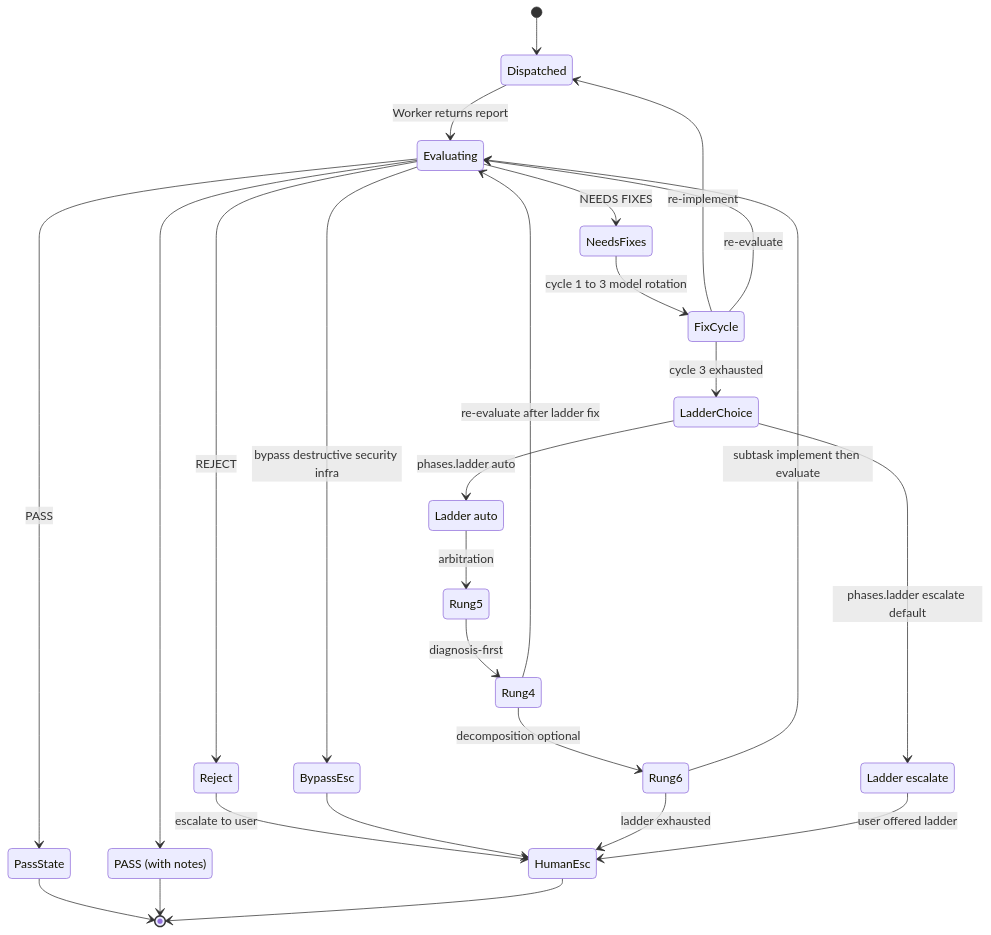
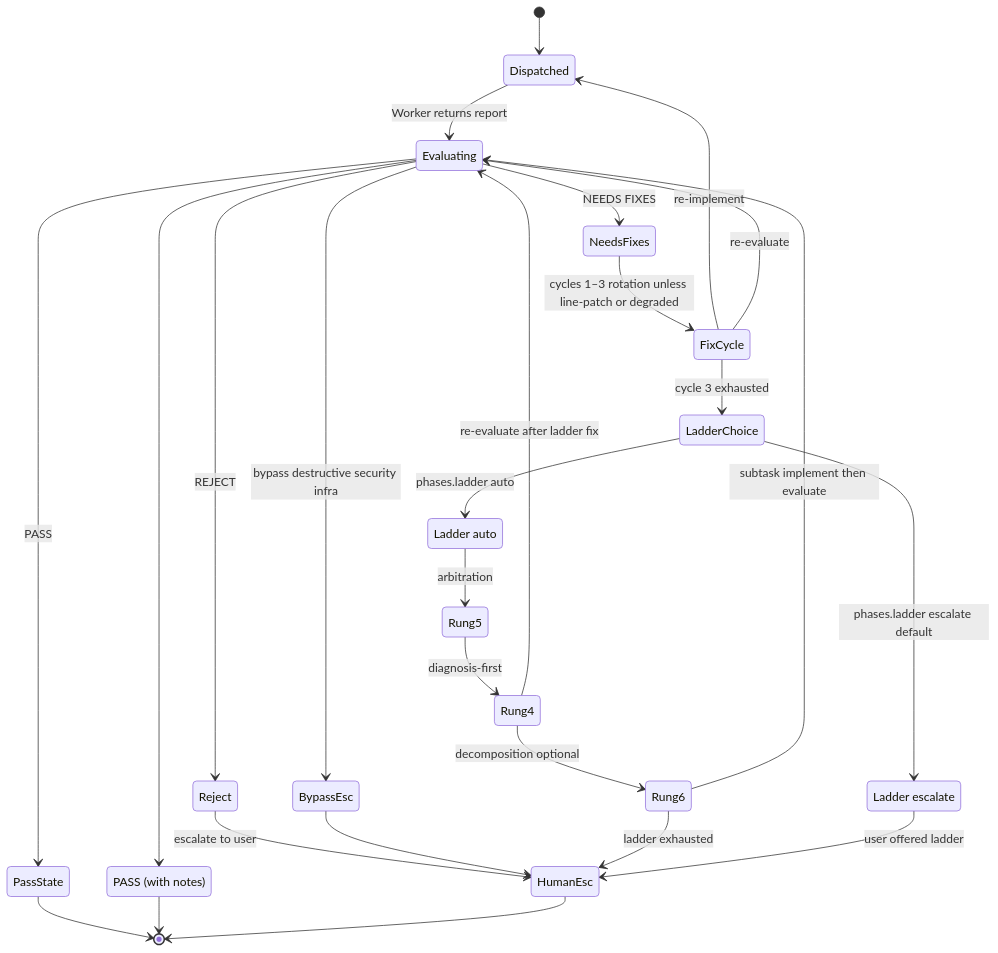
One commit to kdcllc/skills changed the seventh of 12 diagrams in docs/agent-kit/guide/architecture.md. Above: the diagram before and after it, drawn with Mermaid. The commit also changed other lines of this file and 356 other files, not shown here.

````diff
--- a/docs/agent-kit/guide/architecture.md
+++ b/docs/agent-kit/guide/architecture.md
@@ -207,31 +210,31 @@
 ```mermaid
 stateDiagram-v2
     [*] --> Dispatched
     Dispatched --> Evaluating: Worker returns report
     Evaluating --> PassState: PASS
     state "PASS (with notes)" as PassNotes
     Evaluating --> PassNotes
     Evaluating --> NeedsFixes: NEEDS FIXES
     Evaluating --> Reject: REJECT
     Evaluating --> BypassEsc: bypass destructive security infra
     PassState --> [*]
     PassNotes --> [*]
     Reject --> HumanEsc: escalate to user
     BypassEsc --> HumanEsc
-    NeedsFixes --> FixCycle: cycle 1 to 3 model rotation
+    NeedsFixes --> FixCycle: cycles 1–3 rotation unless line-patch or degraded
     FixCycle --> Dispatched: re-implement
     FixCycle --> Evaluating: re-evaluate
     FixCycle --> LadderChoice: cycle 3 exhausted
     state "Ladder auto" as LadderAuto
     state "Ladder escalate" as LadderEsc
     LadderChoice --> LadderAuto: phases.ladder auto
     LadderChoice --> LadderEsc: phases.ladder escalate default
     LadderAuto --> Rung5: arbitration
     Rung5 --> Rung4: diagnosis-first
     Rung4 --> Evaluating: re-evaluate after ladder fix
     Rung4 --> Rung6: decomposition optional
     Rung6 --> Evaluating: subtask implement then evaluate
     Rung6 --> HumanEsc: ladder exhausted
     LadderEsc --> HumanEsc: user offered ladder
     HumanEsc --> [*]
 ```
````
